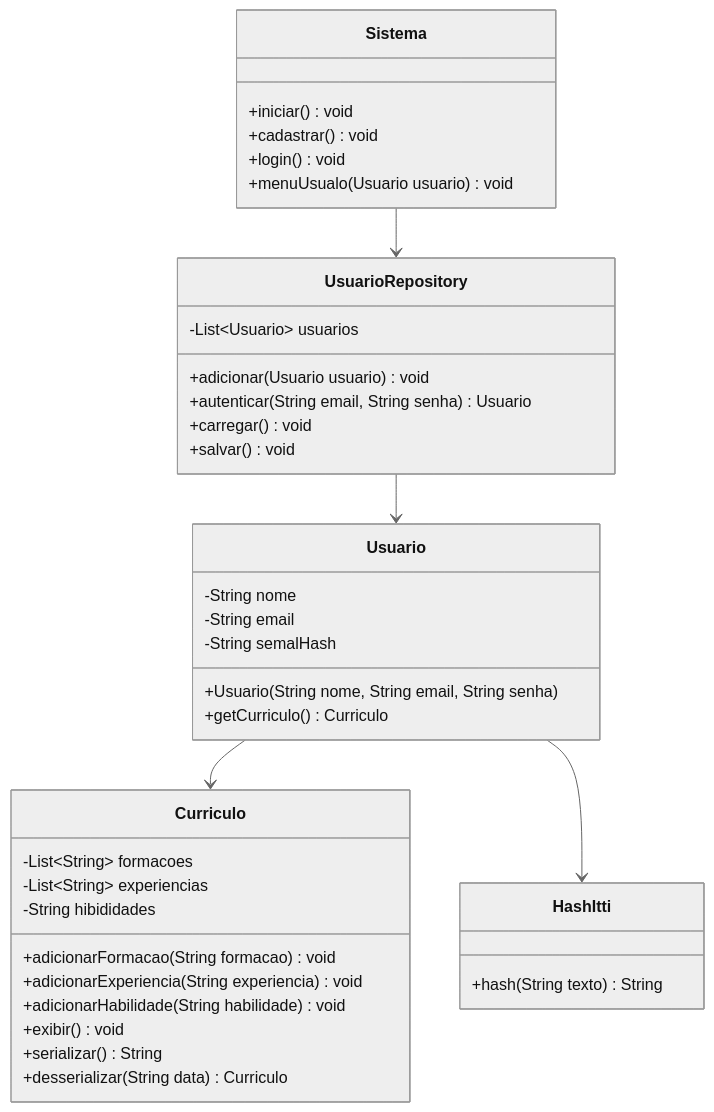
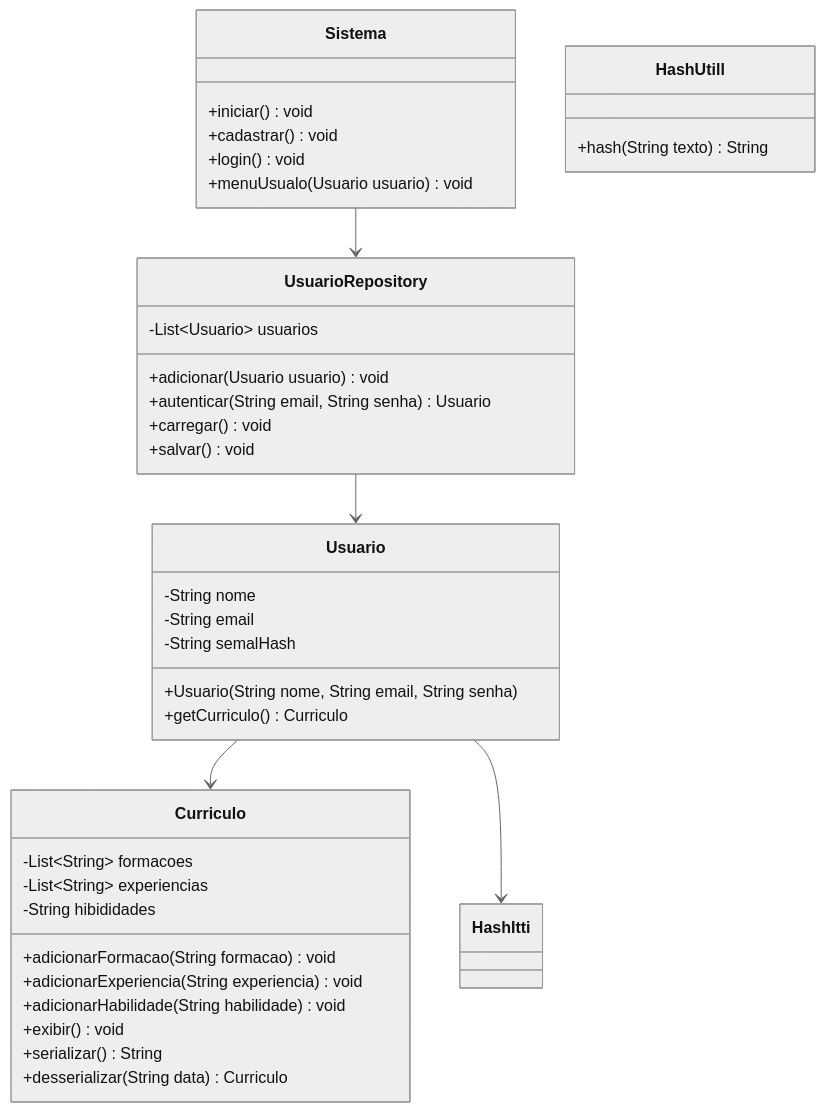
The diagram in docs/diagrama_classes.md (TempestaGui/OnlineCV-Java), drawn with Mermaid (neutral theme) before and after one commit.

````diff
--- a/docs/diagrama_classes.md
+++ b/docs/diagrama_classes.md
@@ -1,46 +1,46 @@
 ```mermaid
 classDiagram
     class Curriculo {
         -List~String~ formacoes
         -List~String~ experiencias
         -String hibididades
         +adicionarFormacao(String formacao) void
         +adicionarExperiencia(String experiencia) void
         +adicionarHabilidade(String habilidade) void
         +exibir() void
         +serializar() String
         +desserializar(String data) Curriculo
     }
 
     class Usuario {
         -String nome
         -String email
         -String semalHash
         +Usuario(String nome, String email, String senha)
         +getCurriculo() Curriculo
     }
 
     class Sistema {
         +iniciar() void
         +cadastrar() void
         +login() void
         +menuUsualo(Usuario usuario) void
     }
 
     class UsuarioRepository {
         -List~Usuario~ usuarios
         +adicionar(Usuario usuario) void
         +autenticar(String email, String senha) Usuario
         +carregar() void
         +salvar() void
     }
 
-    class HashItti {
+    class HashUtill {
         +hash(String texto) String
     }
 
     Usuario --> Curriculo
     Sistema --> UsuarioRepository
     UsuarioRepository --> Usuario
     Usuario --> HashItti
 ```
````
